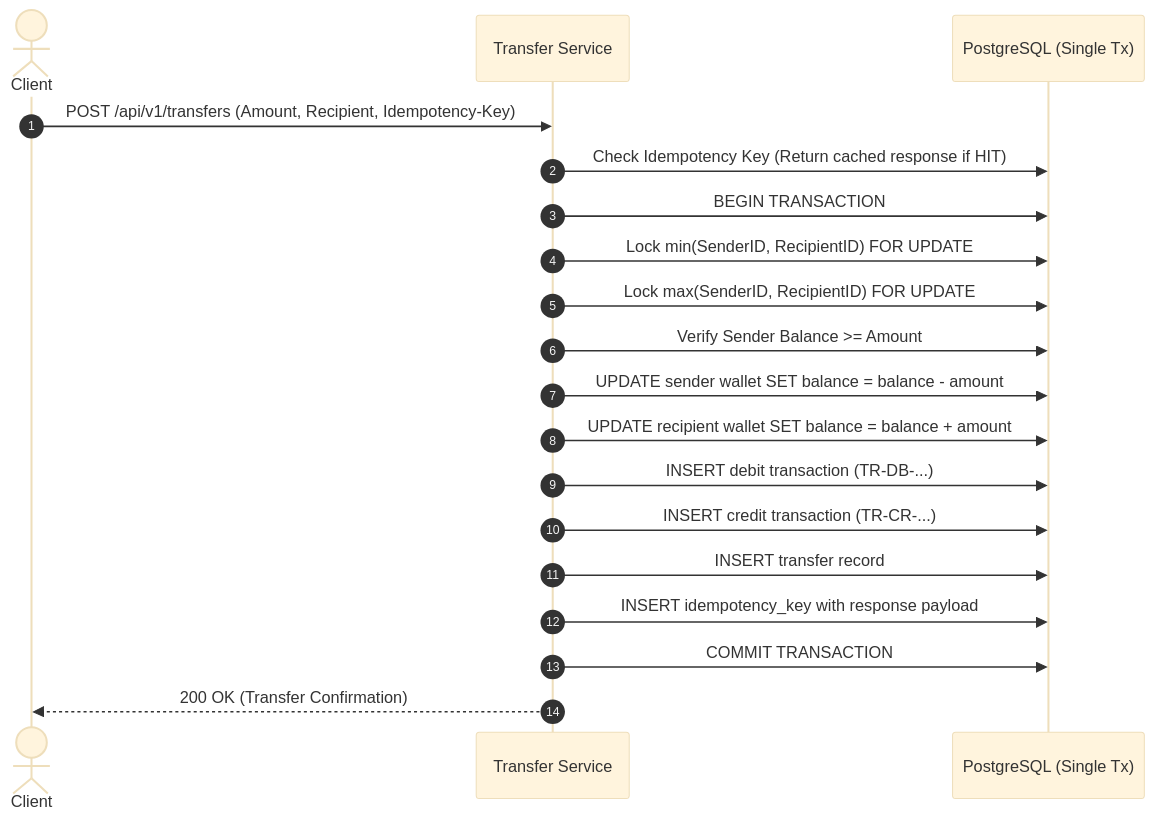
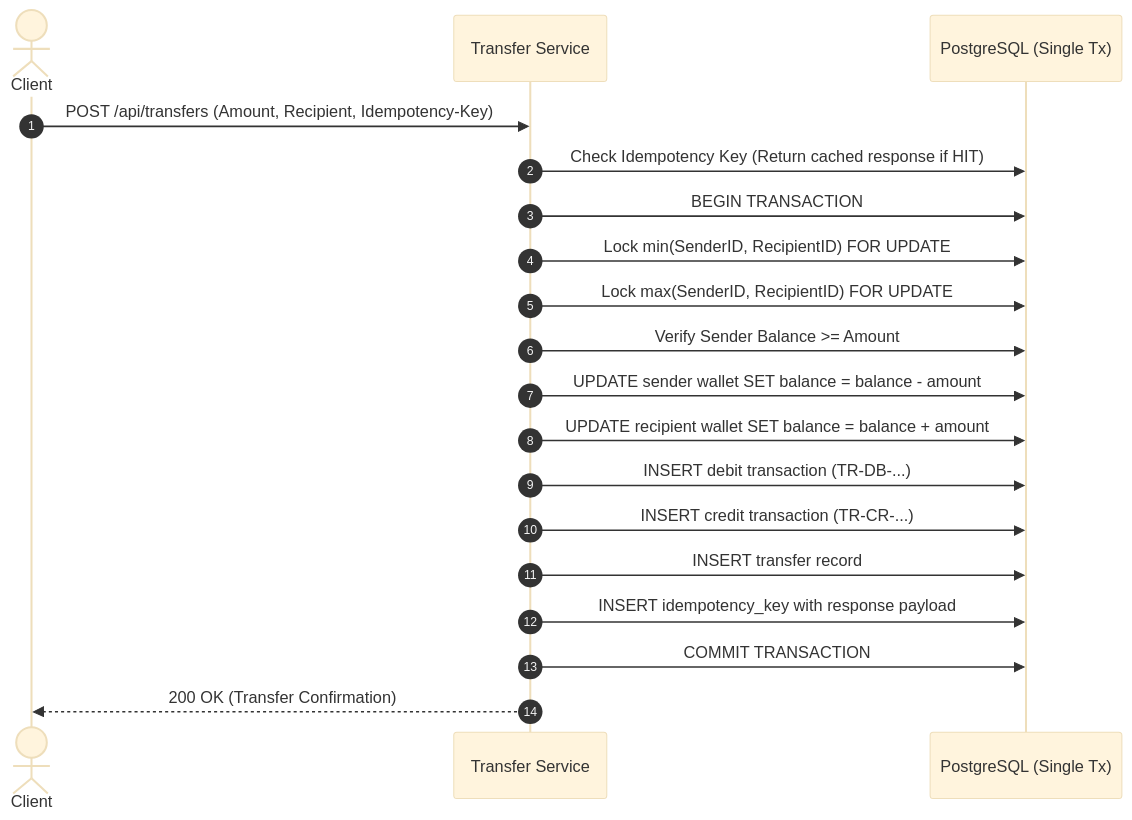
Before and after one commit to Covenantmondei/gopher_wallet: the diagram in README.md, drawn with Mermaid (base theme). The commit also changed other lines of this file and 20 other files, not shown here.

````diff
--- a/README.md
+++ b/README.md
@@ -91,22 +91,22 @@
 ```mermaid
 sequenceDiagram
     autonumber
     actor Client
     participant Service as Transfer Service
     participant DB as PostgreSQL (Single Tx)
 
-    Client->>Service: POST /api/v1/transfers (Amount, Recipient, Idempotency-Key)
+    Client->>Service: POST /api/transfers (Amount, Recipient, Idempotency-Key)
     Service->>DB: Check Idempotency Key (Return cached response if HIT)
     Service->>DB: BEGIN TRANSACTION
     Service->>DB: Lock min(SenderID, RecipientID) FOR UPDATE
     Service->>DB: Lock max(SenderID, RecipientID) FOR UPDATE
     Service->>DB: Verify Sender Balance >= Amount
     Service->>DB: UPDATE sender wallet SET balance = balance - amount
     Service->>DB: UPDATE recipient wallet SET balance = balance + amount
     Service->>DB: INSERT debit transaction (TR-DB-...)
     Service->>DB: INSERT credit transaction (TR-CR-...)
     Service->>DB: INSERT transfer record
     Service->>DB: INSERT idempotency_key with response payload
     Service->>DB: COMMIT TRANSACTION
     Service-->>Client: 200 OK (Transfer Confirmation)
 ```
````
